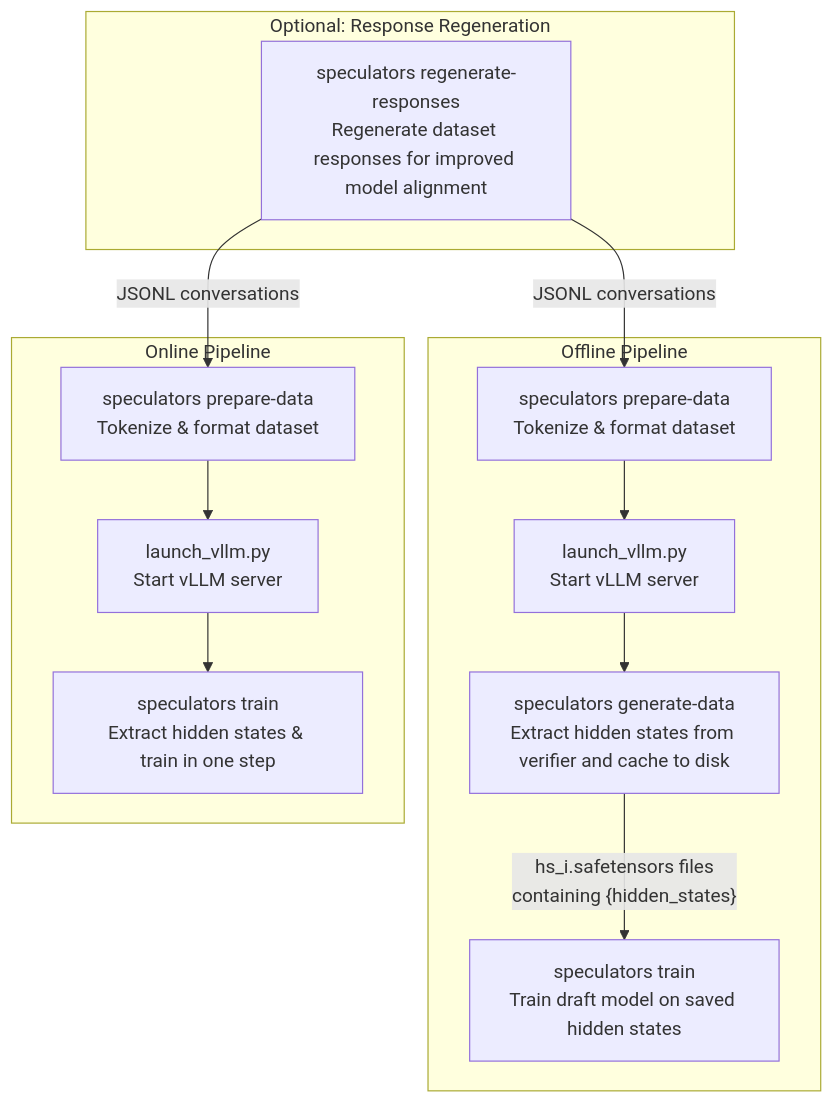
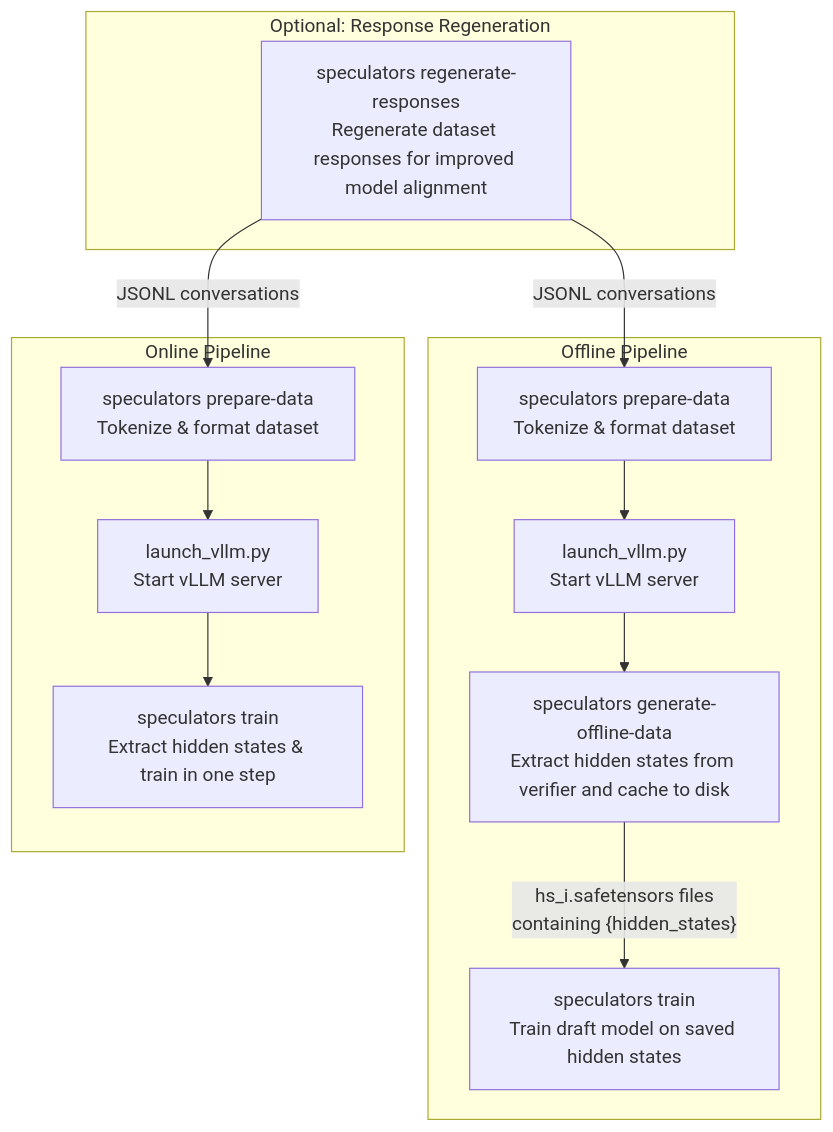
One commit to vllm-project/speculators changed the diagram in docs/cli/index.md. Above: the diagram before and after it, drawn with Mermaid. The commit also changed other lines of this file and 7 other files, not shown here.

First line of the commit message:
feat(cli): rename generate-data to generate-offline-data

````diff
--- a/docs/cli/index.md
+++ b/docs/cli/index.md
@@ -23,33 +23,33 @@
 ```mermaid
 flowchart TD
     subgraph optional ["Optional: Response Regeneration"]
         A["speculators regenerate-responses\nRegenerate dataset responses for improved model alignment"]
     end
 
     subgraph offline ["Offline Pipeline"]
         B["speculators prepare-data\nTokenize & format dataset"]
         C["launch_vllm.py\nStart vLLM server"]
-        D["speculators generate-data\nExtract hidden states from verifier and cache to disk"]
+        D["speculators generate-offline-data\nExtract hidden states from verifier and cache to disk"]
         E["speculators train\nTrain draft model on saved hidden states"]
     end
 
     subgraph online ["Online Pipeline"]
         F["speculators prepare-data\nTokenize & format dataset"]
         G["launch_vllm.py\nStart vLLM server"]
         H["speculators train\nExtract hidden states & train in one step"]
     end
 
     A -- "JSONL conversations" --> B
     A -- "JSONL conversations" --> F
     B --> C --> D -- "hs_i.safetensors files\ncontaining {hidden_states}" --> E
     F --> G --> H
 
     click B "prepare_data/" _self
     click F "prepare_data/" _self
     click C "launch_vllm/" _self
     click G "launch_vllm/" _self
     click D "data_generation_offline/" _self
     click E "train/" _self
     click A "response_regeneration/" _self
     click H "train/" _self
 ```
````
